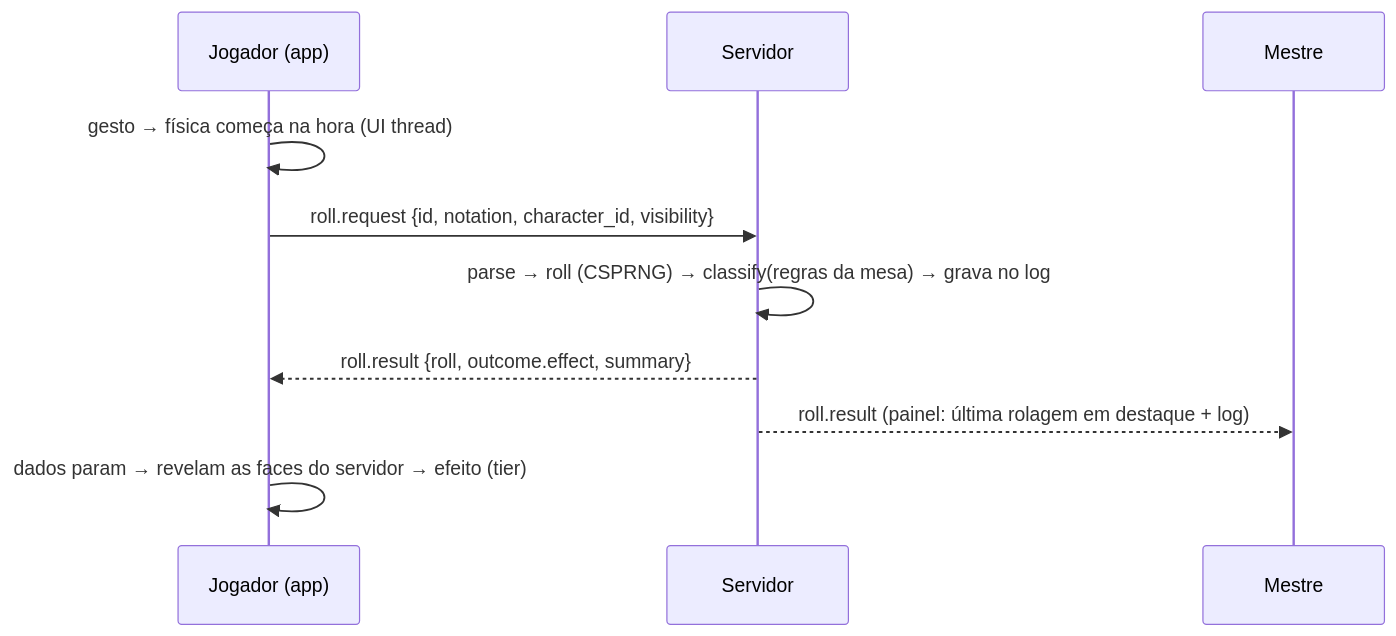
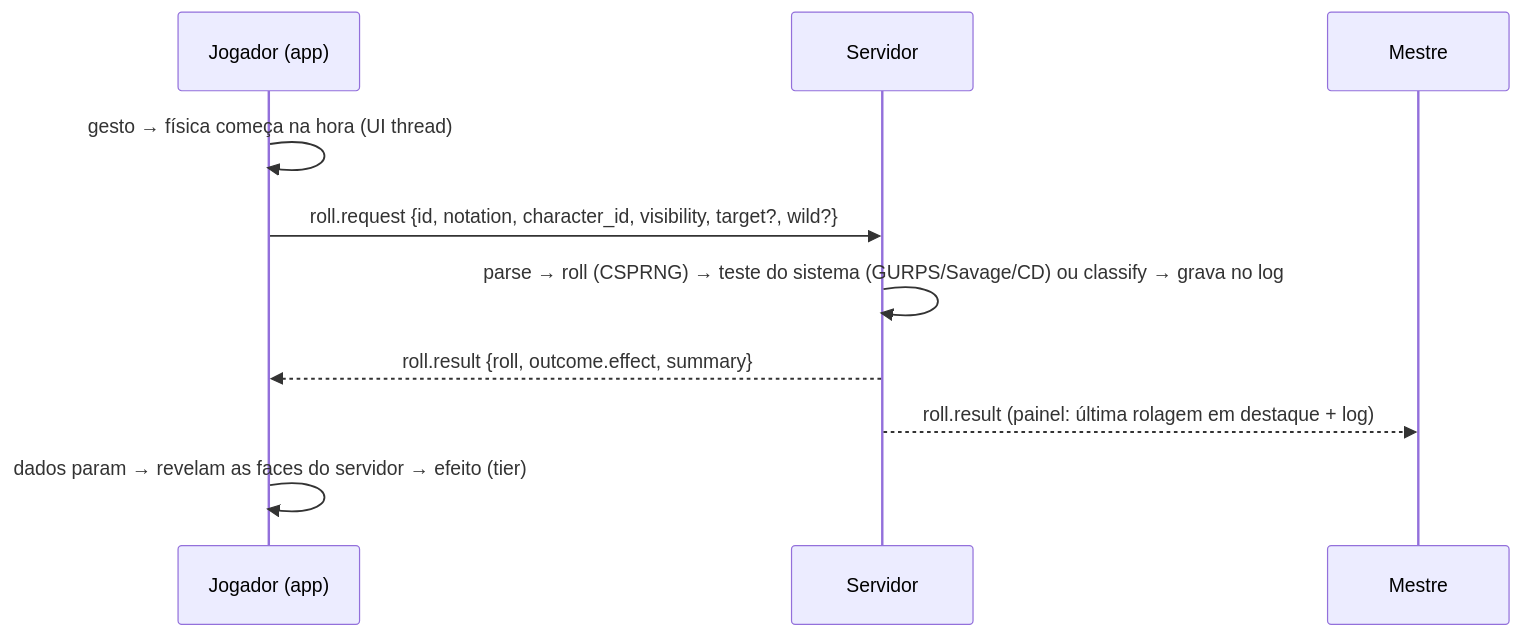
One commit to PedroASenna/Ficha-de-Personagem-de-RPG changed the fourth of 4 diagrams in docs/ARCHITECTURE.md. Above: the diagram before and after it, drawn with Mermaid. The commit also changed other lines of this file and 74 other files, not shown here.

First line of the commit message:
Versão 0.4.0: GURPS 4ª Edição e Savage Worlds

````diff
--- a/docs/ARCHITECTURE.md
+++ b/docs/ARCHITECTURE.md
@@ -276,12 +278,12 @@
 ```mermaid
 sequenceDiagram
   participant P as Jogador (app)
   participant S as Servidor
   participant M as Mestre
   P->>P: gesto → física começa na hora (UI thread)
-  P->>S: roll.request {id, notation, character_id, visibility}
-  S->>S: parse → roll (CSPRNG) → classify(regras da mesa) → grava no log
+  P->>S: roll.request {id, notation, character_id, visibility, target?, wild?}
+  S->>S: parse → roll (CSPRNG) → teste do sistema (GURPS/Savage/CD) ou classify → grava no log
   S-->>P: roll.result {roll, outcome.effect, summary}
   S-->>M: roll.result (painel: última rolagem em destaque + log)
   P->>P: dados param → revelam as faces do servidor → efeito (tier)
 ```
````
